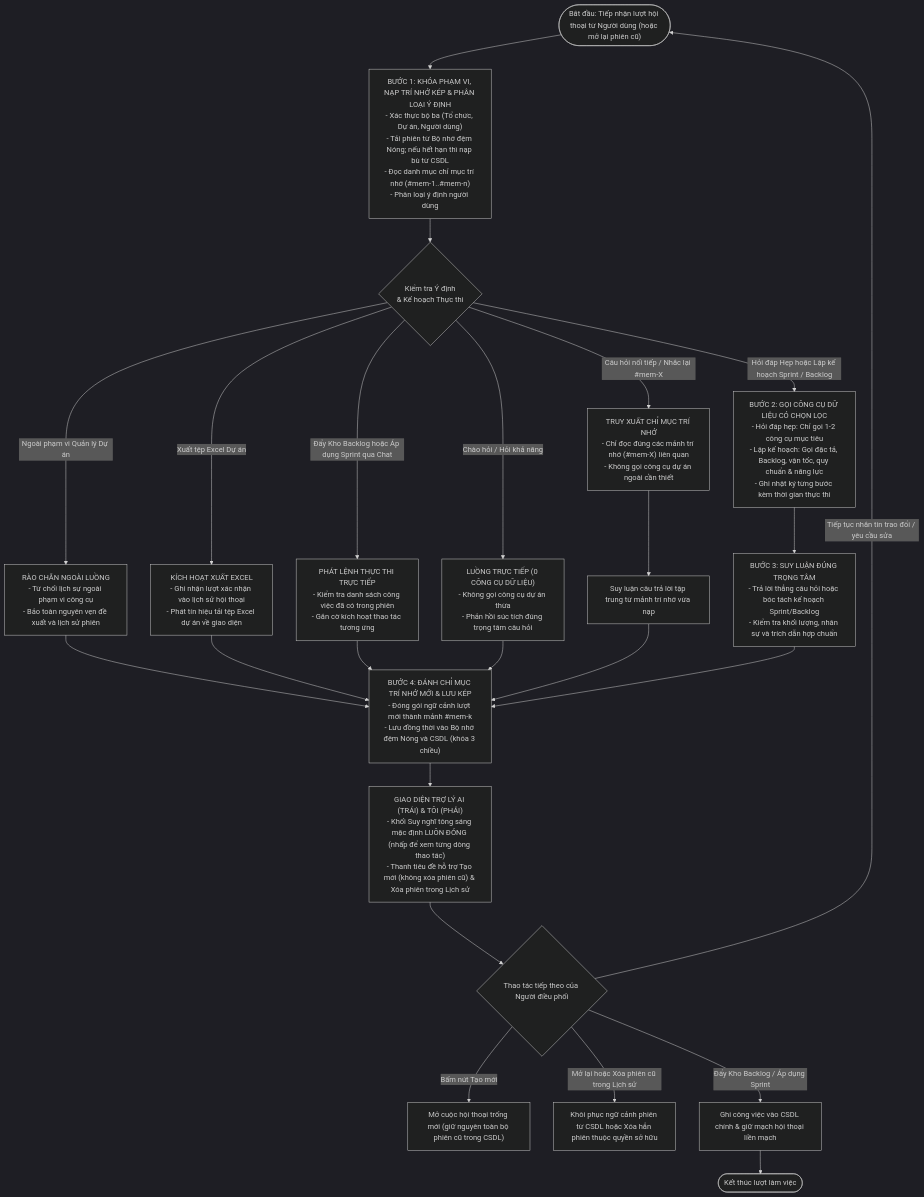
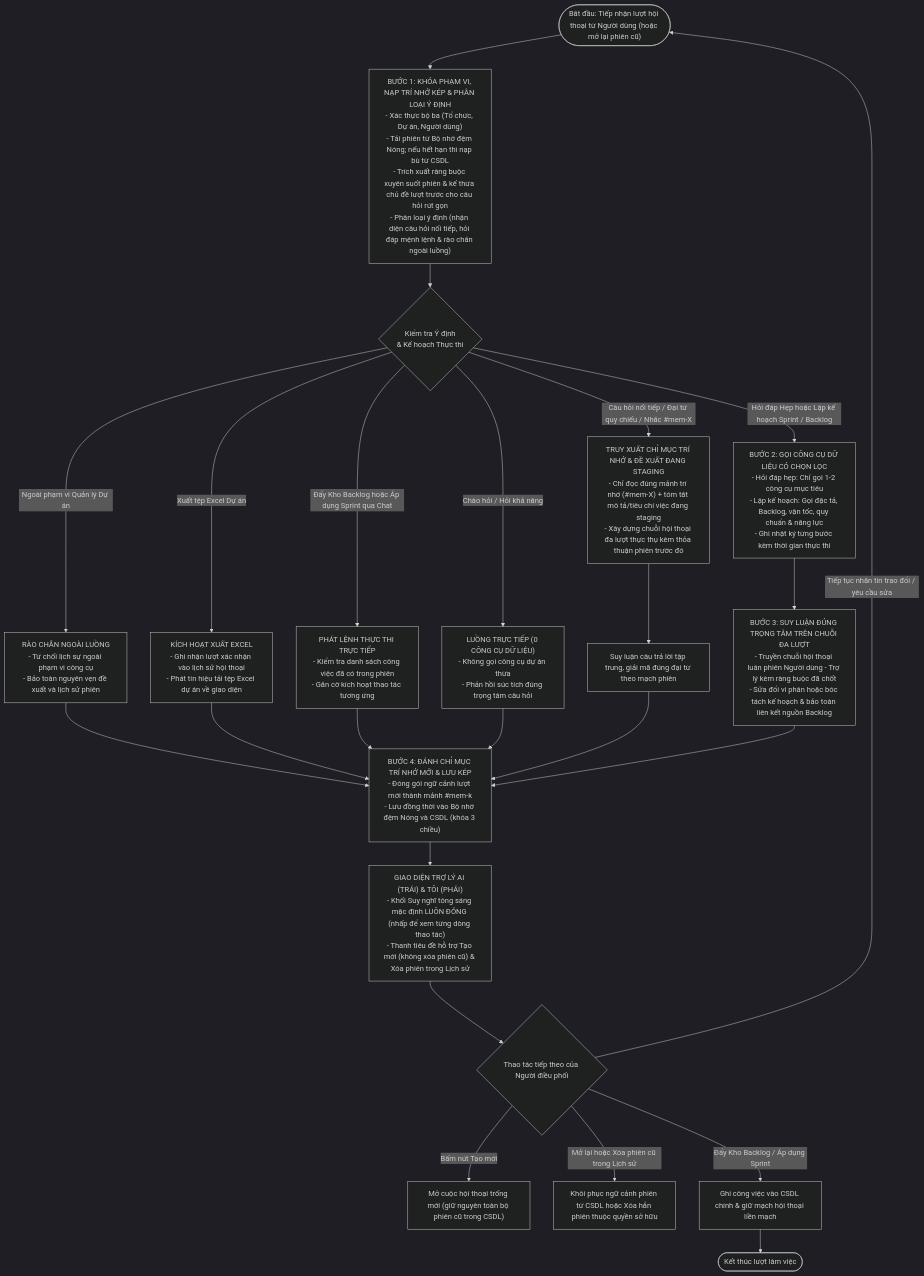
The fifth of 11 diagrams in docs/ai/CAM-NANG-TOAN-DIEN-MODULE-AI.md (TranHoang2k40525/ProjectMgmt), drawn with Mermaid (dark theme) before and after one commit. The commit also changed other lines of this file and 10 other files, not shown here.

Commit message:
feat(ai): bám sát mạch hội thoại đa lượt và nâng cao hiểu ngữ cảnh phiên

````diff
--- a/docs/ai/CAM-NANG-TOAN-DIEN-MODULE-AI.md
+++ b/docs/ai/CAM-NANG-TOAN-DIEN-MODULE-AI.md
@@ -599,38 +602,38 @@
 ```mermaid
 flowchart TD
-    Start(["Bắt đầu: Tiếp nhận lượt hội thoại từ Người dùng (hoặc mở lại phiên cũ)"]) --> Step1["BƯỚC 1: KHÓA PHẠM VI, NẠP TRÍ NHỚ KÉP & PHÂN LOẠI Ý ĐỊNH\n- Xác thực bộ ba (Tổ chức, Dự án, Người dùng)\n- Tải phiên từ Bộ nhớ đệm Nóng; nếu hết hạn thì nạp bù từ CSDL\n- Đọc danh mục chỉ mục trí nhớ (#mem-1..#mem-n)\n- Phân loại ý định người dùng"]
+    Start(["Bắt đầu: Tiếp nhận lượt hội thoại từ Người dùng (hoặc mở lại phiên cũ)"]) --> Step1["BƯỚC 1: KHÓA PHẠM VI, NẠP TRÍ NHỚ KÉP & PHÂN LOẠI Ý ĐỊNH\n- Xác thực bộ ba (Tổ chức, Dự án, Người dùng)\n- Tải phiên từ Bộ nhớ đệm Nóng; nếu hết hạn thì nạp bù từ CSDL\n- Trích xuất ràng buộc xuyên suốt phiên & kế thừa chủ đề lượt trước cho câu hỏi rút gọn\n- Phân loại ý định (nhận diện câu hỏi nối tiếp, hỏi đáp mệnh lệnh & rào chắn ngoài luồng)"]
 
     Step1 --> GuardIntent{"Kiểm tra Ý định\n& Kế hoạch Thực thi"}
 
     GuardIntent -- "Ngoài phạm vi Quản lý Dự án" --> RefuseOut["RÀO CHẮN NGOÀI LUỒNG\n- Từ chối lịch sự ngoài phạm vi công cụ\n- Bảo toàn nguyên vẹn đề xuất và lịch sử phiên"]
     RefuseOut --> SaveDual
 
     GuardIntent -- "Xuất tệp Excel Dự án" --> ExportExcel["KÍCH HOẠT XUẤT EXCEL\n- Ghi nhận lượt xác nhận vào lịch sử hội thoại\n- Phát tín hiệu tải tệp Excel dự án về giao diện"]
     ExportExcel --> SaveDual
 
     GuardIntent -- "Đẩy Kho Backlog hoặc Áp dụng Sprint qua Chat" --> AutoTrigger["PHÁT LỆNH THỰC THI TRỰC TIẾP\n- Kiểm tra danh sách công việc đã có trong phiên\n- Gắn cờ kích hoạt thao tác tương ứng"]
     AutoTrigger --> SaveDual
 
     GuardIntent -- "Chào hỏi / Hỏi khả năng" --> ZeroMcp["LUỒNG TRỰC TIẾP (0 CÔNG CỤ DỮ LIỆU)\n- Không gọi công cụ dự án thừa\n- Phản hồi súc tích đúng trọng tâm câu hỏi"]
     ZeroMcp --> SaveDual
 
-    GuardIntent -- "Câu hỏi nối tiếp / Nhắc lại #mem-X" --> RecallOnly["TRUY XUẤT CHỈ MỤC TRÍ NHỚ\n- Chỉ đọc đúng các mảnh trí nhớ (#mem-X) liên quan\n- Không gọi công cụ dự án ngoài cần thiết"]
-    RecallOnly --> Step4Focus["Suy luận câu trả lời tập trung từ mảnh trí nhớ vừa nạp"]
+    GuardIntent -- "Câu hỏi nối tiếp / Đại từ quy chiếu / Nhắc #mem-X" --> RecallOnly["TRUY XUẤT CHỈ MỤC TRÍ NHỚ & ĐỀ XUẤT ĐANG STAGING\n- Chỉ đọc đúng mảnh trí nhớ (#mem-X) + tóm tắt mô tả/tiêu chí việc đang staging\n- Xây dựng chuỗi hội thoại đa lượt thực thụ kèm thỏa thuận phiên trước đó"]
+    RecallOnly --> Step4Focus["Suy luận câu trả lời tập trung, giải mã đúng đại từ theo mạch phiên"]
     Step4Focus --> SaveDual
 
     GuardIntent -- "Hỏi đáp Hẹp hoặc Lập kế hoạch Sprint / Backlog" --> Step2["BƯỚC 2: GỌI CÔNG CỤ DỮ LIỆU CÓ CHỌN LỌC\n- Hỏi đáp hẹp: Chỉ gọi 1-2 công cụ mục tiêu\n- Lập kế hoạch: Gọi đặc tả, Backlog, vận tốc, quy chuẩn & năng lực\n- Ghi nhật ký từng bước kèm thời gian thực thi"]
 
-    Step2 --> Step4["BƯỚC 3: SUY LUẬN ĐÚNG TRỌNG TÂM\n- Trả lời thẳng câu hỏi hoặc bóc tách kế hoạch Sprint/Backlog\n- Kiểm tra khối lượng, nhân sự và trích dẫn hợp chuẩn"]
+    Step2 --> Step4["BƯỚC 3: SUY LUẬN ĐÚNG TRỌNG TÂM TRÊN CHUỖI ĐA LƯỢT\n- Truyền chuỗi hội thoại luân phiên Người dùng - Trợ lý kèm ràng buộc đã chốt\n- Sửa đổi vi phân hoặc bóc tách kế hoạch & bảo toàn liên kết nguồn Backlog"]
 
     Step4 --> SaveDual["BƯỚC 4: ĐÁNH CHỈ MỤC TRÍ NHỚ MỚI & LƯU KÉP\n- Đóng gói ngữ cảnh lượt mới thành mảnh #mem-k\n- Lưu đồng thời vào Bộ nhớ đệm Nóng và CSDL (khóa 3 chiều)"]
 
     SaveDual --> DisplayUI["GIAO DIỆN TRỢ LÝ AI (TRÁI) & TÔI (PHẢI)\n- Khối Suy nghĩ tông sáng mặc định LUÔN ĐÓNG (nhấp để xem từng dòng thao tác)\n- Thanh tiêu đề hỗ trợ Tạo mới (không xóa phiên cũ) & Xóa phiên trong Lịch sử"]
 
     DisplayUI --> UserAction{"Thao tác tiếp theo của Người điều phối"}
 
     UserAction -- "Tiếp tục nhắn tin trao đổi / yêu cầu sửa" --> Start
     UserAction -- "Bấm nút Tạo mới" --> NewBlank["Mở cuộc hội thoại trống mới (giữ nguyên toàn bộ phiên cũ trong CSDL)"]
     UserAction -- "Mở lại hoặc Xóa phiên cũ trong Lịch sử" --> ManageHist["Khôi phục ngữ cảnh phiên từ CSDL hoặc Xóa hẳn phiên thuộc quyền sở hữu"]
     UserAction -- "Đẩy Kho Backlog / Áp dụng Sprint" --> CommitDB["Ghi công việc vào CSDL chính & giữ mạch hội thoại liền mạch"]
     CommitDB --> Finish(["Kết thúc lượt làm việc"])
 ```
````
